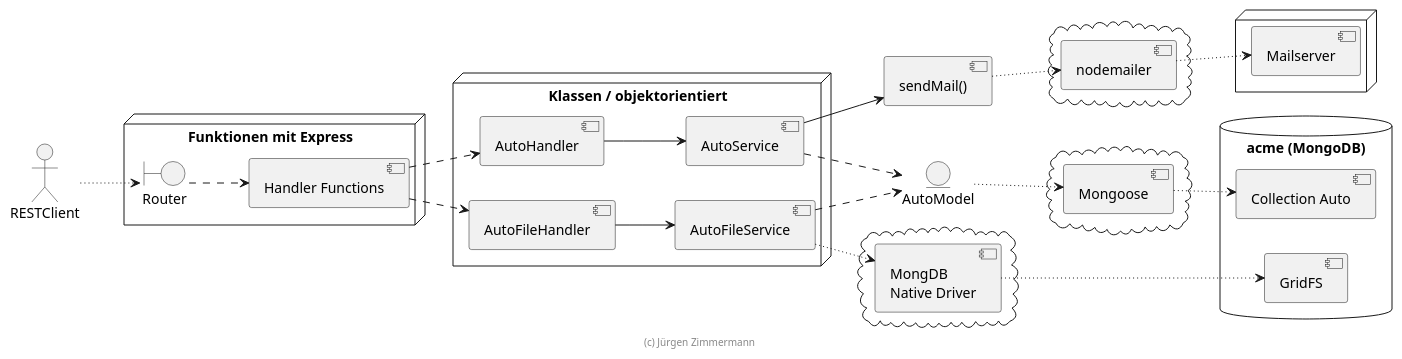
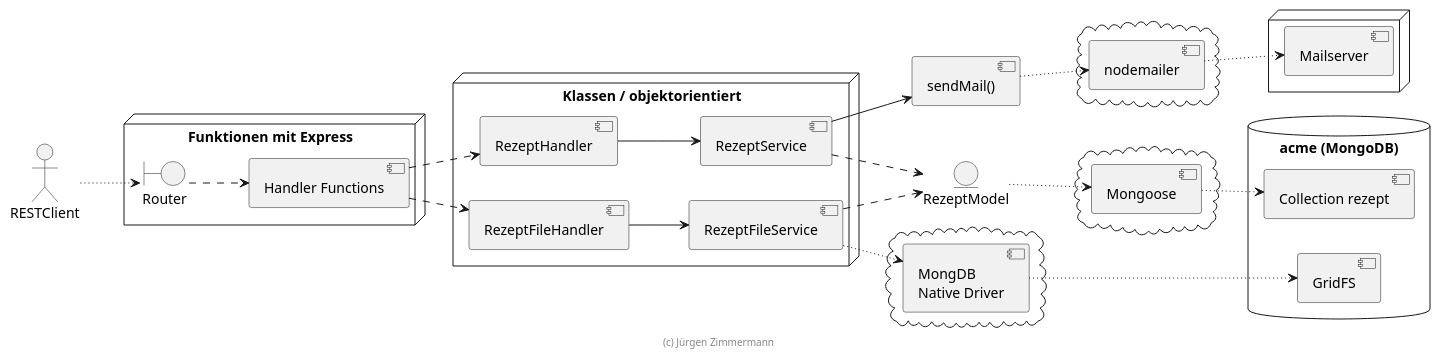
The diagram in doc/entwicklerhandbuch/komponenten.puml (FabianMik/Auto), drawn with PlantUML before and after one commit. The commit also changed 86 other files, not shown here.

```diff
--- a/doc/entwicklerhandbuch/komponenten.puml
+++ b/doc/entwicklerhandbuch/komponenten.puml
@@ -15,69 +15,69 @@
 @startuml Komponenten
 
 skinparam componentStyle uml2
 
 left to right direction
 
 actor RESTClient
 
 node "Funktionen mit Express" {
   boundary Router
   [Handler Functions]
 }
 
 node "Klassen / objektorientiert" {
-  [AutoHandler]
-  [AutoFileHandler]
+  [RezeptHandler]
+  [RezeptFileHandler]
 
-  [AutoService]
-  [AutoFileService]
+  [RezeptService]
+  [RezeptFileService]
 }
 
 [sendMail()] as sendMail
 
-entity AutoModel
+entity RezeptModel
 
 cloud {
     [Mongoose]
 }
 
 cloud {
     [MongDB\nNative Driver]
 }
 
 cloud {
     [nodemailer]
 }
 
 database "acme (MongoDB)" {
-    [Collection Auto]
+    [Collection rezept]
     [GridFS]
 }
 
 node {
     [Mailserver]
 }
 
 
 RESTClient ~~> [Router]
 [Router] ..> [Handler Functions]
-[Handler Functions] ..> [AutoHandler]
-[Handler Functions] ..> [AutoFileHandler]
+[Handler Functions] ..> [RezeptHandler]
+[Handler Functions] ..> [RezeptFileHandler]
 
-[AutoHandler] --> [AutoService]
-[AutoFileHandler] --> [AutoFileService]
-[AutoService] ..> [AutoModel]
-[AutoFileService] ..> [AutoModel]
+[RezeptHandler] --> [RezeptService]
+[RezeptFileHandler] --> [RezeptFileService]
+[RezeptService] ..> [RezeptModel]
+[RezeptFileService] ..> [RezeptModel]
 
-[AutoModel] ~~> [Mongoose]
-[AutoFileService] ~~> [MongDB\nNative Driver]
+[RezeptModel] ~~> [Mongoose]
+[RezeptFileService] ~~> [MongDB\nNative Driver]
 [sendMail] ~~> [nodemailer]
-[Mongoose] ~~> [Collection Auto]
+[Mongoose] ~~> [Collection rezept]
 [MongDB\nNative Driver] ~~> [GridFS]
 
-[AutoService] --> [sendMail]
+[RezeptService] --> [sendMail]
 [nodemailer] ~~> [Mailserver]
 
 footer (c) Jürgen Zimmermann
 
 @enduml
```
